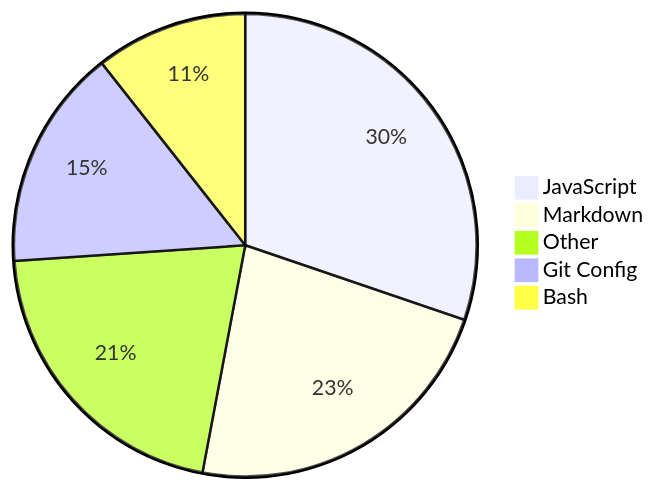
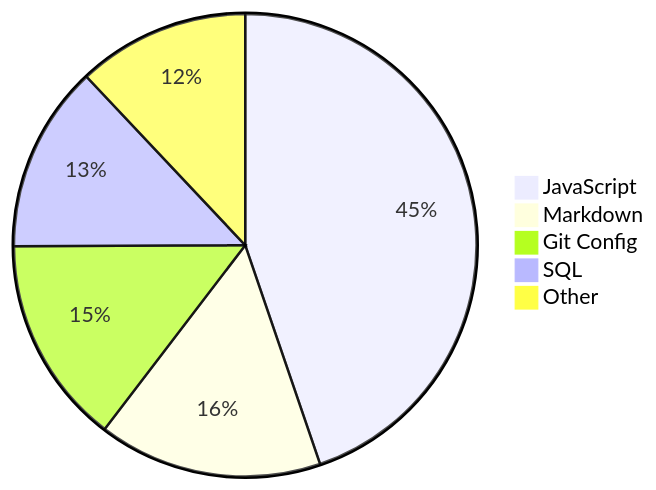
The diagram in README.md (Alicia111/alicia111), drawn with Mermaid before and after one commit.

Commit message:
Update WakaTime stats (・ω・)b

````diff
--- a/README.md
+++ b/README.md
@@ -32,8 +32,8 @@
 ```mermaid
 pie
-    "JavaScript" : 24.5
-    "Markdown" : 18.43
-    "Other" : 16.99
-    "Git Config" : 12.53
-    "Bash" : 8.61
+    "JavaScript" : 41.13
+    "Markdown" : 14.37
+    "Git Config" : 13.36
+    "SQL" : 11.99
+    "Other" : 11.05
 ```
````
